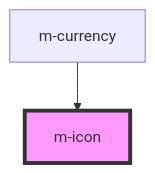
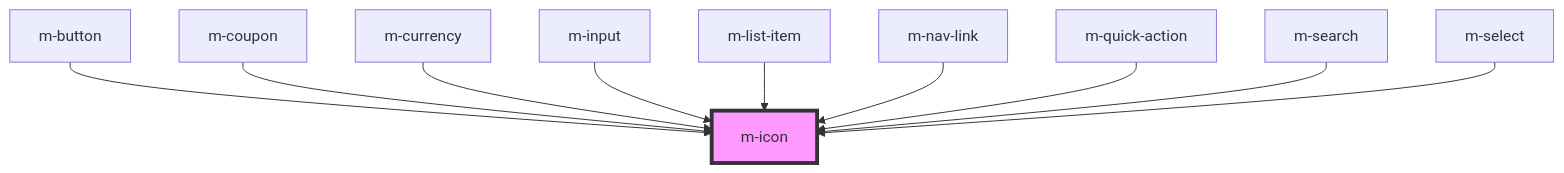
Before and after one commit to dynamic-framework/dynamic-ui: the diagram in design-system/src/components/m-icon/readme.md, drawn with Mermaid. The commit also changed other lines of this file and 1 other file, not shown here.

Commit message:
chore: display m-icon and readme

````diff
--- a/design-system/src/components/m-icon/readme.md
+++ b/design-system/src/components/m-icon/readme.md
@@ -26,5 +34,13 @@
 ```mermaid
 graph TD;
+  m-button --> m-icon
+  m-coupon --> m-icon
   m-currency --> m-icon
+  m-input --> m-icon
+  m-list-item --> m-icon
+  m-nav-link --> m-icon
+  m-quick-action --> m-icon
+  m-search --> m-icon
+  m-select --> m-icon
   style m-icon fill:#f9f,stroke:#333,stroke-width:4px
 ```
````
